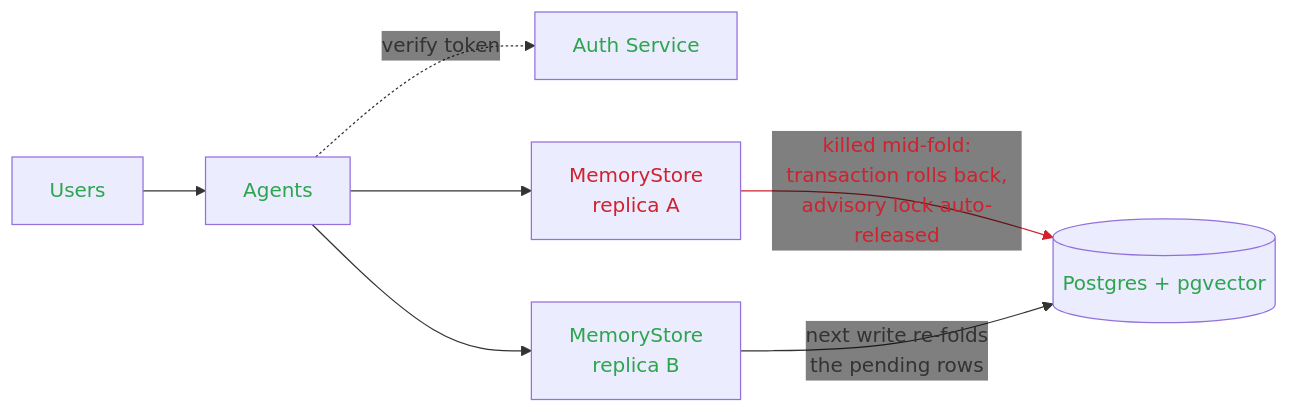
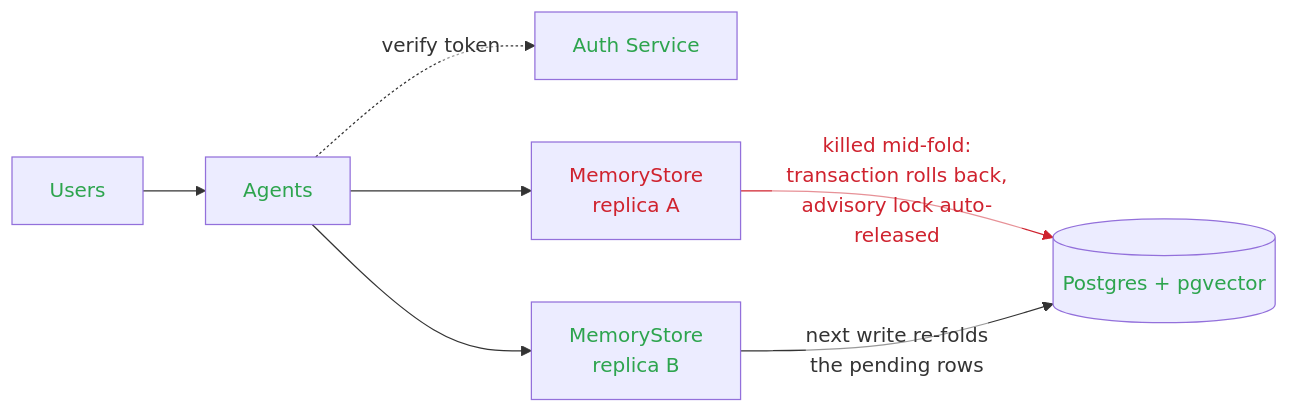
The fifth of 8 diagrams in memory/blog/BLOGPOST_DRAFT_PART_3.md (axsaucedo/kaos-adrs), drawn with Mermaid before and after one commit. The commit also changed other lines of this file, not shown here.

First line of the commit message:
blog(part3): boxless readable annotations on the failure diagrams, verified by rendering

````diff
--- a/memory/blog/BLOGPOST_DRAFT_PART_3.md
+++ b/memory/blog/BLOGPOST_DRAFT_PART_3.md
@@ -261,16 +261,16 @@
 ```mermaid
-%%{init: {"themeVariables": {"edgeLabelBackground": "transparent"}}}%%
+%%{init: {"themeVariables": {"edgeLabelBackground": "#ffffff00"}}}%%
 flowchart LR
   U["Users"] --> A["Agents"]
   A -.->|"verify token"| AS["Auth Service"]
   A --> R1["MemoryStore<br/>replica A"]
   A --> R2["MemoryStore<br/>replica B"]
   R1 -->|"killed mid-fold:<br/>transaction rolls back,<br/>advisory lock auto-released"| PG[("Postgres + pgvector")]
   R2 -->|"next write re-folds<br/>the pending rows"| PG
   classDef down color:#cf222e;
   classDef warn color:#d4a72c;
   classDef ok color:#2da44e;
   class R1 down;
   class U,AS,A,R2,PG ok;
   linkStyle 4 stroke:#cf222e,color:#cf222e
 ```
````
